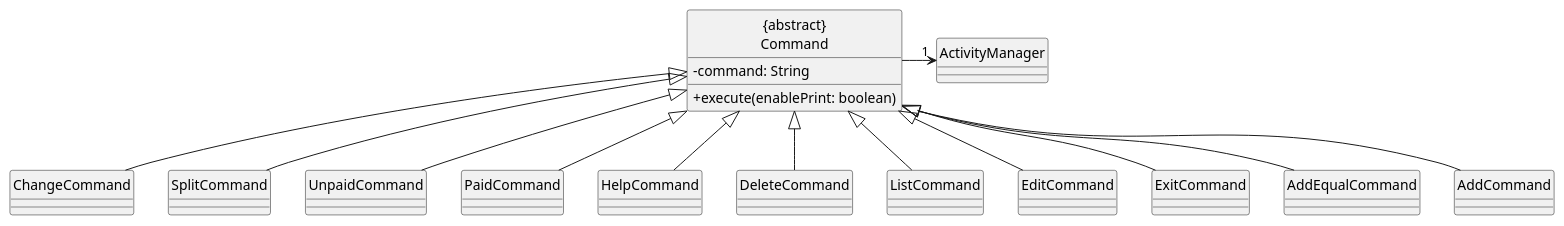
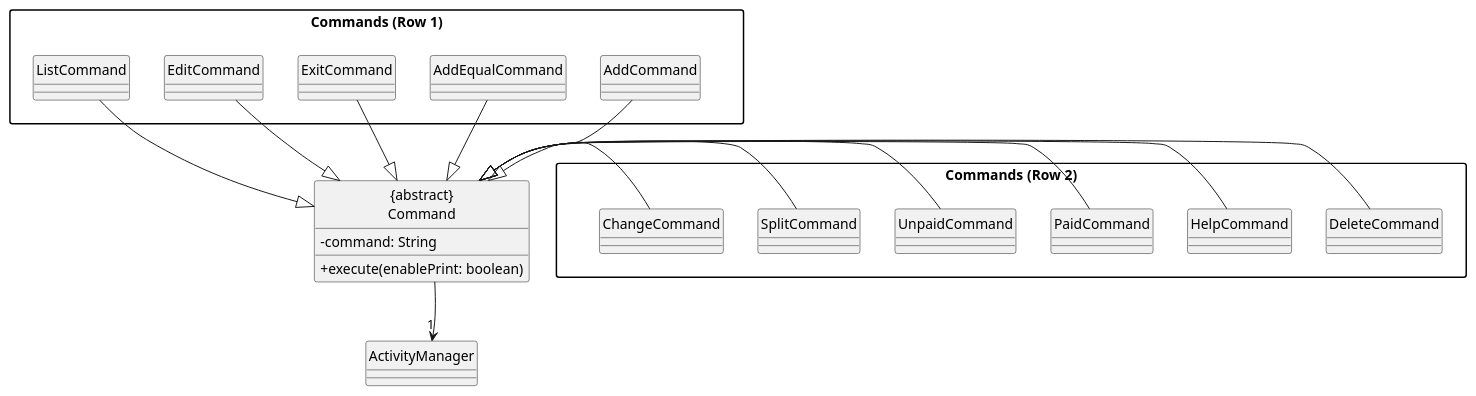
Before and after one commit to jing-yen/tp: the diagram in docs/diagrams/CommandInheritance.puml, drawn with PlantUML. The commit also changed 2 other files, not shown here.

Commit message:
Update command inheritance class diagram to make it more readable

```diff
--- a/docs/diagrams/CommandInheritance.puml
+++ b/docs/diagrams/CommandInheritance.puml
@@ -1,42 +1,56 @@
 @startuml
 skinparam classAttributeIconSize 0
+skinparam packageStyle rectangle
 hide circle
+top to bottom direction
 
+' Row 1
+package "Commands (Row 1)" as Row1 {
+  class AddCommand
+  class AddEqualCommand
+  class ExitCommand
+  class EditCommand
+  class ListCommand
+}
+
+' Row 2
+package "Commands (Row 2)" as Row2 {
+  class DeleteCommand
+  class HelpCommand
+  class PaidCommand
+  class UnpaidCommand
+  class SplitCommand
+  class ChangeCommand
+}
+
+' Abstract Command class
 class "{abstract}\nCommand" {
     -command: String
     +execute(enablePrint: boolean)
 }
 
-class ActivityManager {
+' ActivityManager at the very bottom
+class ActivityManager
 
-}
+' Force vertical ordering with hidden arrows
+Row1 -[hidden]-> Row2
+Row2 -[hidden]-> "{abstract}\nCommand"
+"{abstract}\nCommand" -[hidden]-> ActivityManager
 
-"{abstract}\nCommand" -> "1" ActivityManager
+' Inheritance relationships
+AddCommand -|> "{abstract}\nCommand"
+AddEqualCommand -|> "{abstract}\nCommand"
+ExitCommand -|> "{abstract}\nCommand"
+EditCommand -|> "{abstract}\nCommand"
+ListCommand -|> "{abstract}\nCommand"
+DeleteCommand -|> "{abstract}\nCommand"
+HelpCommand -|> "{abstract}\nCommand"
+PaidCommand -|> "{abstract}\nCommand"
+UnpaidCommand -|> "{abstract}\nCommand"
+SplitCommand -|> "{abstract}\nCommand"
+ChangeCommand -|> "{abstract}\nCommand"
 
-together {
-    class AddCommand
-    class AddEqualCommand
-    class ExitCommand
-    class EditCommand
-    class ListCommand
-    class DeleteCommand
-    class HelpCommand
-    class PaidCommand
-    class UnpaidCommand
-    class SplitCommand
-    class ChangeCommand
-}
-
-ChangeCommand -up-|> "{abstract}\nCommand"
-AddCommand -up-|> "{abstract}\nCommand"
-AddEqualCommand -up-|> "{abstract}\nCommand"
-ExitCommand-up-|> "{abstract}\nCommand"
-EditCommand -up-|> "{abstract}\nCommand"
-ListCommand -up-|> "{abstract}\nCommand"
-DeleteCommand -up-|> "{abstract}\nCommand"
-HelpCommand -up-|> "{abstract}\nCommand"
-PaidCommand -up-|> "{abstract}\nCommand"
-UnpaidCommand -up-|> "{abstract}\nCommand"
-SplitCommand -up-|> "{abstract}\nCommand"
+' Connect abstract Command to ActivityManager
+"{abstract}\nCommand" --> "1" ActivityManager
 
 @enduml
```
